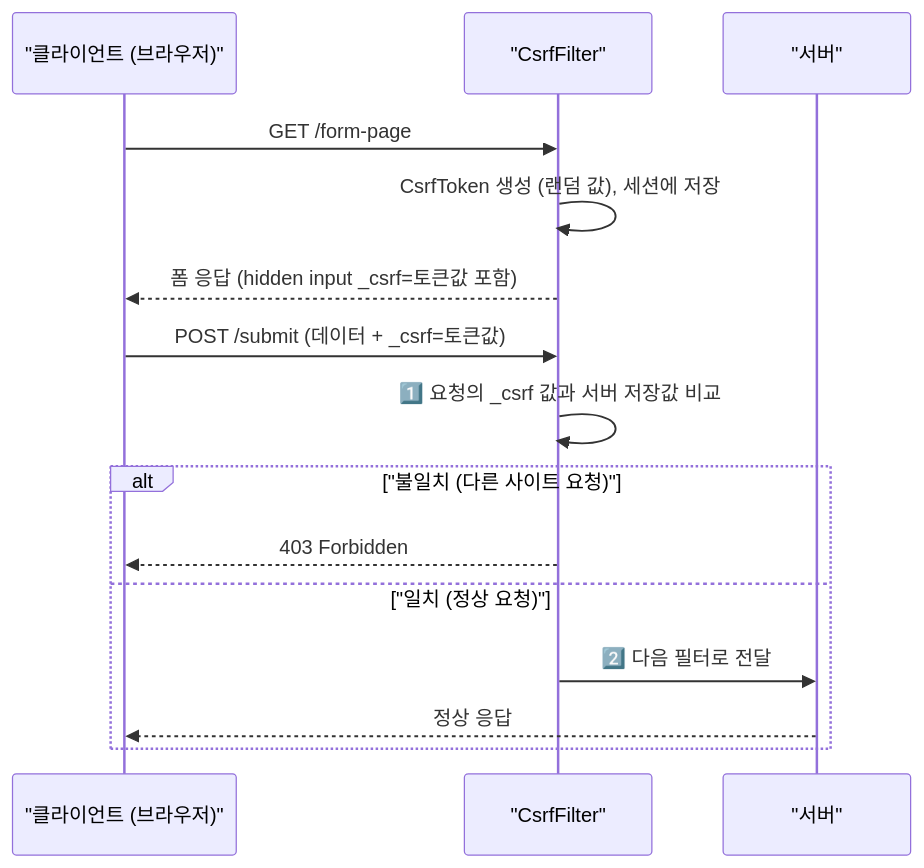
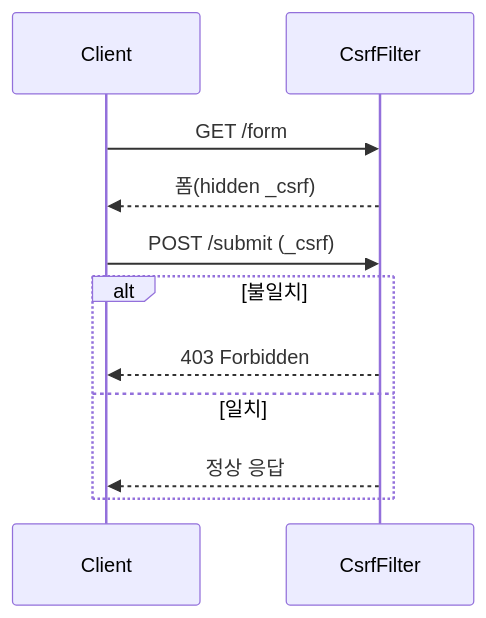
The fifth of 5 diagrams in _posts/spring/2026-05-01-spring-security-architecture.md (yjkim2015/yjkim2015.github.io), drawn with Mermaid before and after one commit. The commit also changed other lines of this file and 215 other files, not shown here.

First line of the commit message:
신규 포스트 10개 추가 + Mermaid 전면 축소 + SystemDesign 시리즈 보강

````diff
--- a/_posts/spring/2026-05-01-spring-security-architecture.md
+++ b/_posts/spring/2026-05-01-spring-security-architecture.md
@@ -250,19 +243,13 @@
 ```mermaid
 sequenceDiagram
-    participant C as "클라이언트 (브라우저)"
-    participant CF as "CsrfFilter"
-    participant S as "서버"
-
-    C->>CF: GET /form-page
-    CF->>CF: CsrfToken 생성 (랜덤 값), 세션에 저장
-    CF-->>C: 폼 응답 (hidden input _csrf=토큰값 포함)
-
-    C->>CF: POST /submit (데이터 + _csrf=토큰값)
-    CF->>CF: 1️⃣ 요청의 _csrf 값과 서버 저장값 비교
-    alt "불일치 (다른 사이트 요청)"
+    participant C as Client
+    participant CF as CsrfFilter
+    C->>CF: GET /form
+    CF-->>C: 폼(hidden _csrf)
+    C->>CF: POST /submit (_csrf)
+    alt 불일치
         CF-->>C: 403 Forbidden
-    else "일치 (정상 요청)"
-        CF->>S: 2️⃣ 다음 필터로 전달
-        S-->>C: 정상 응답
+    else 일치
+        CF-->>C: 정상 응답
     end
 ```
````
